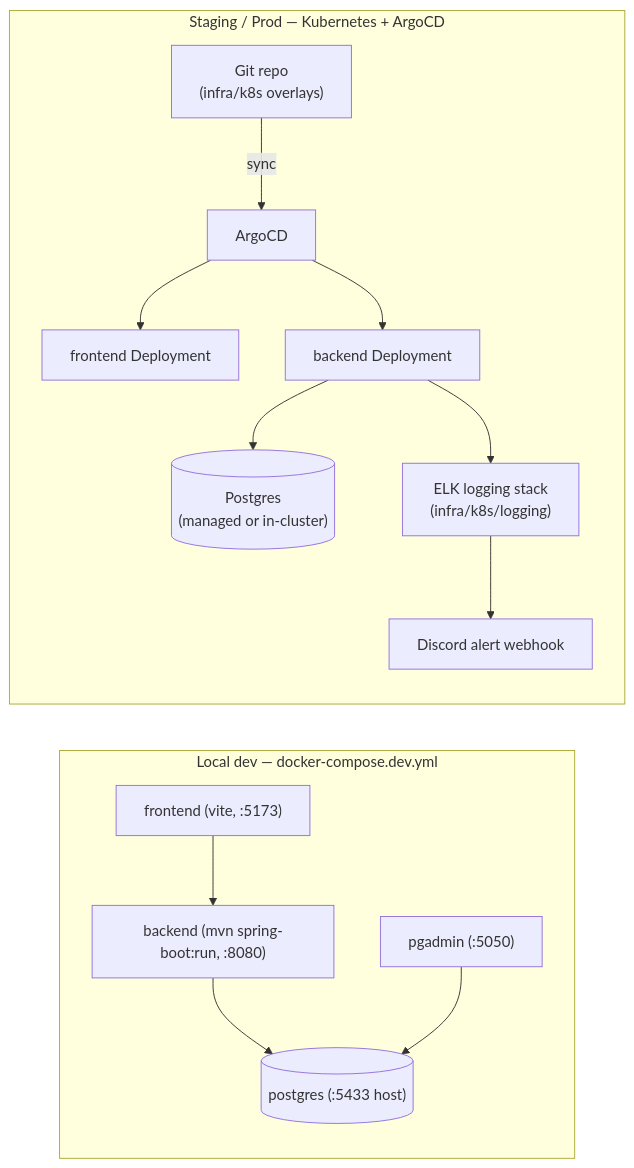
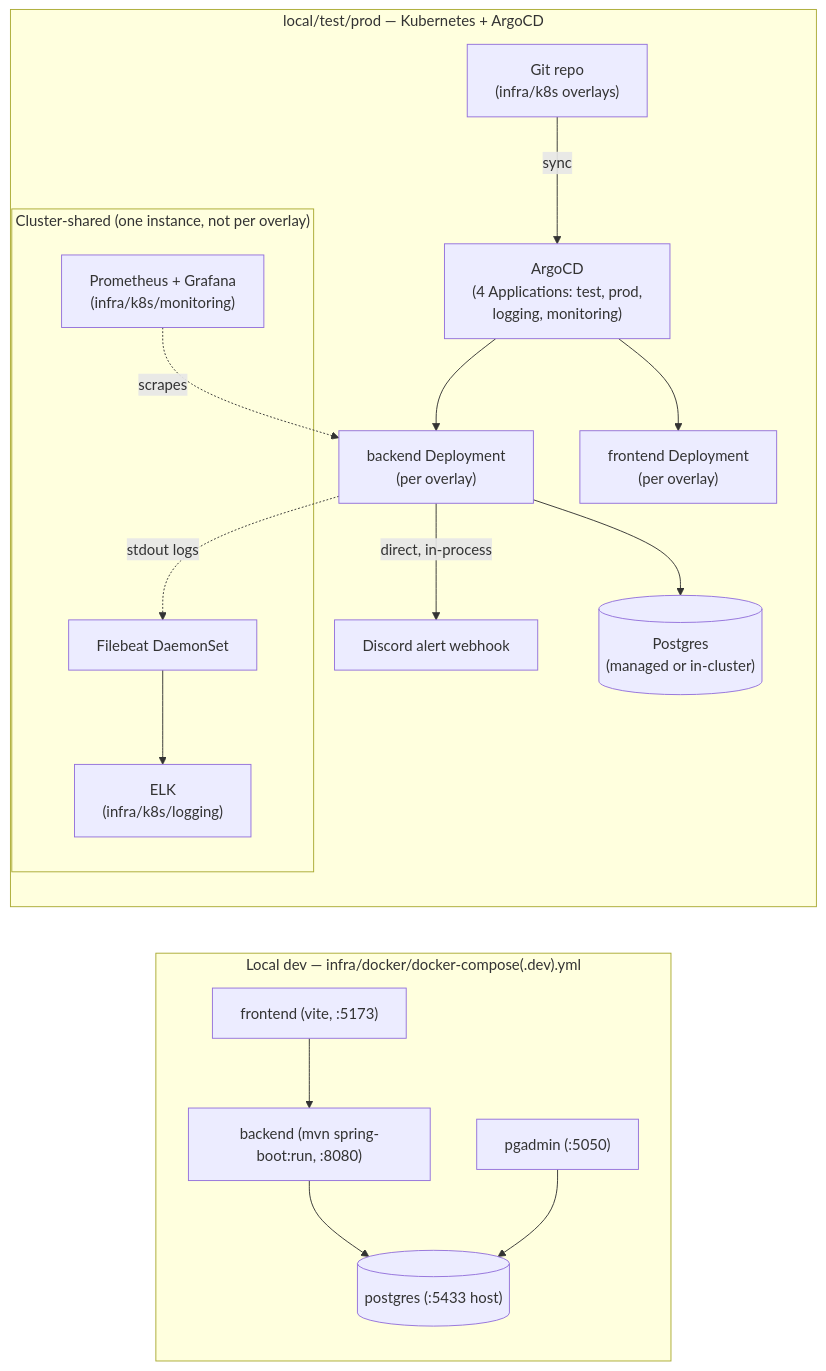
Before and after one commit to HarshavardhanaP96/CollegeManagement: the second of 2 diagrams in docs/foundations/architecture.md, drawn with Mermaid. The commit also changed other lines of this file and 14 other files, not shown here.

````diff
--- a/docs/foundations/architecture.md
+++ b/docs/foundations/architecture.md
@@ -107,20 +132,26 @@
 ```mermaid
 graph LR
-    subgraph "Local dev — docker-compose.dev.yml"
+    subgraph "Local dev — infra/docker/docker-compose(.dev).yml"
         D_FE["frontend (vite, :5173)"]
         D_BE["backend (mvn spring-boot:run, :8080)"]
         D_PG[("postgres (:5433 host)")]
         D_PGA["pgadmin (:5050)"]
         D_FE --> D_BE --> D_PG
         D_PGA --> D_PG
     end
 
-    subgraph "Staging / Prod — Kubernetes + ArgoCD"
-        GIT["Git repo<br/>(infra/k8s overlays)"] -->|sync| ARGO["ArgoCD"]
-        ARGO --> K_FE["frontend Deployment"]
-        ARGO --> K_BE["backend Deployment"]
+    subgraph "local/test/prod — Kubernetes + ArgoCD"
+        GIT["Git repo<br/>(infra/k8s overlays)"] -->|sync| ARGO["ArgoCD<br/>(4 Applications: test, prod,<br/>logging, monitoring)"]
+        ARGO --> K_FE["frontend Deployment<br/>(per overlay)"]
+        ARGO --> K_BE["backend Deployment<br/>(per overlay)"]
         K_BE --> K_PG[("Postgres<br/>(managed or in-cluster)")]
-        K_BE --> K_ELK["ELK logging stack<br/>(infra/k8s/logging)"]
-        K_ELK --> K_DISC["Discord alert webhook"]
+
+        subgraph "Cluster-shared (one instance, not per overlay)"
+            K_FB["Filebeat DaemonSet"] --> K_ELK["ELK<br/>(infra/k8s/logging)"]
+            K_PROM["Prometheus + Grafana<br/>(infra/k8s/monitoring)"]
+        end
+        K_BE -.->|stdout logs| K_FB
+        K_PROM -.->|scrapes| K_BE
+        K_BE -->|"direct, in-process"| K_DISC["Discord alert webhook"]
     end
 ```
````
